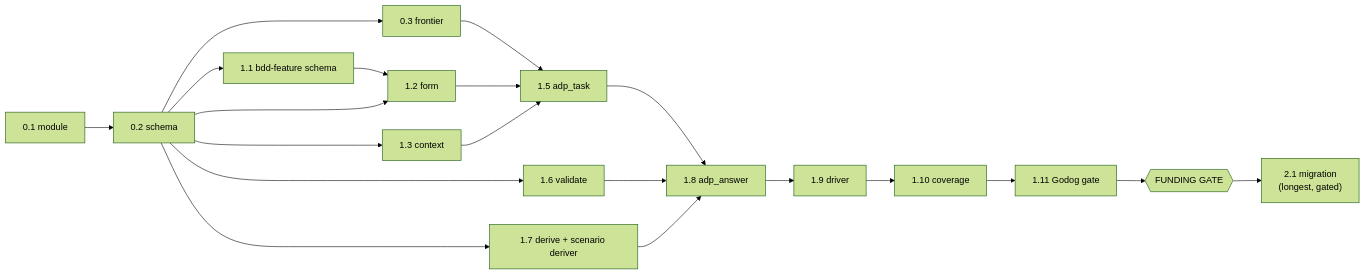
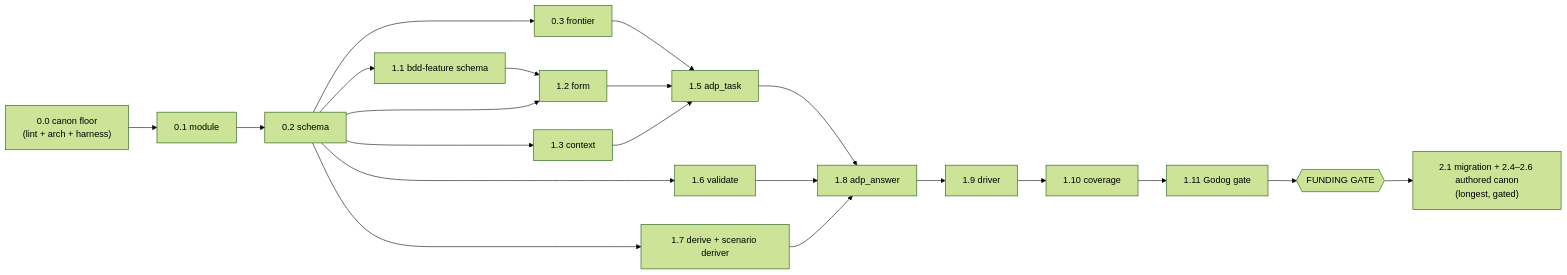
One commit to iiezhachenko/agentic-delivery-system changed the second of 2 diagrams in _adp-2.0/00-design/01-build-order.md. Above: the diagram before and after it, drawn with Mermaid (forest theme). The commit also changed other lines of this file and 1 other file, not shown here.

````diff
--- a/_adp-2.0/00-design/01-build-order.md
+++ b/_adp-2.0/00-design/01-build-order.md
@@ -192,12 +224,13 @@
 ```mermaid
 flowchart LR
-    A["0.1 module"] --> B["0.2 schema"] --> C["0.3 frontier"] --> D["1.5 adp_task"]
+    Z["0.0 canon floor<br/>(lint + arch + harness)"] --> A["0.1 module"]
+    A --> B["0.2 schema"] --> C["0.3 frontier"] --> D["1.5 adp_task"]
     B --> BD["1.1 bdd-feature schema"] --> E
     B --> E["1.2 form"] --> D
     B --> F["1.3 context"] --> D
     D --> G["1.8 adp_answer"]
     B --> H["1.6 validate"] --> G
     B --> I["1.7 derive + scenario deriver"] --> G
     G --> J["1.9 driver"] --> COV["1.10 coverage"] --> K["1.11 Godog gate"] --> L{{"FUNDING GATE"}}
-    L --> M["2.1 migration<br/>(longest, gated)"]
+    L --> M["2.1 migration + 2.4–2.6 authored canon<br/>(longest, gated)"]
 ```
````
